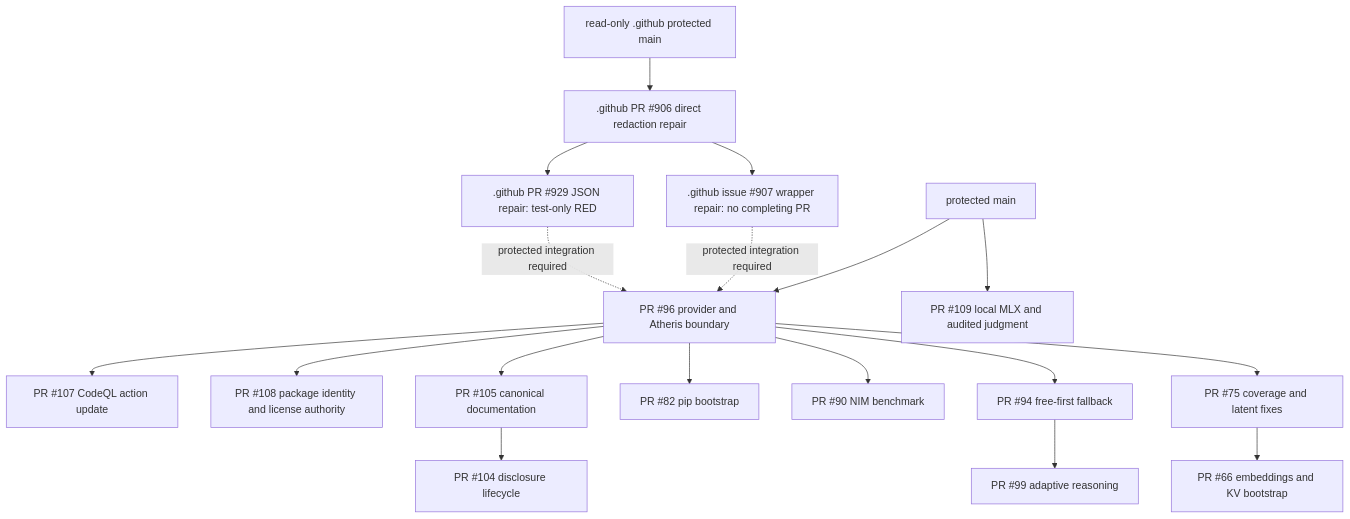
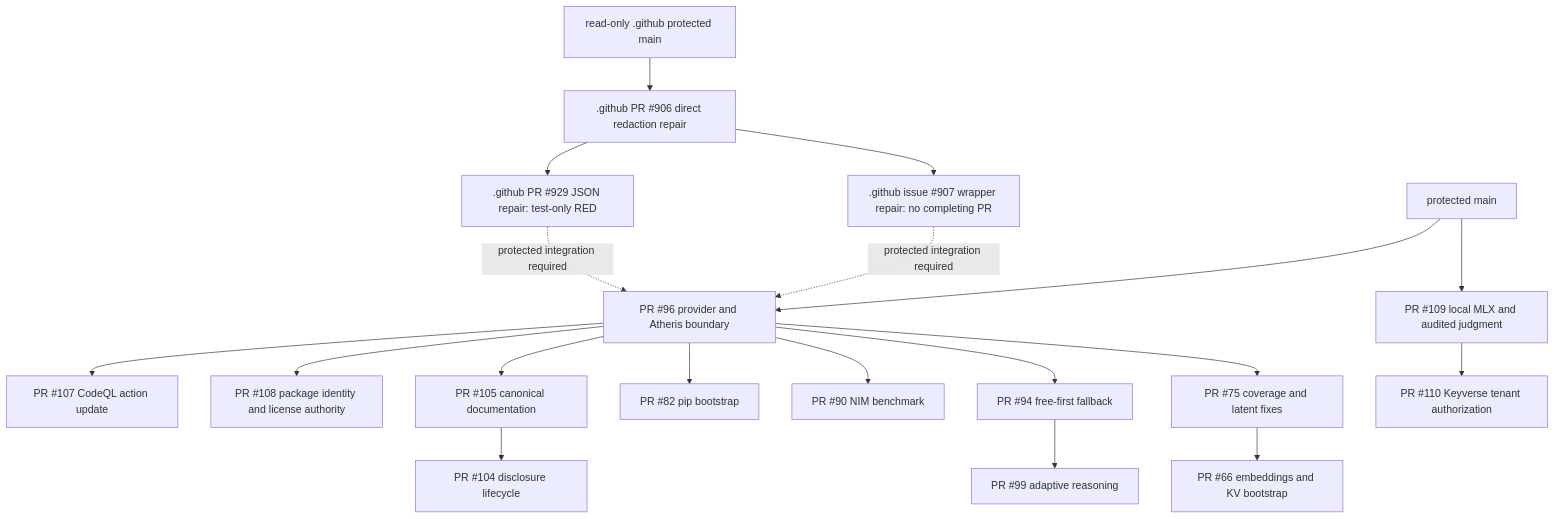
One commit to ContextualWisdomLab/contextual-orchestrator changed the diagram in docs/evidence/2026-08-11-documentation-audit.md. Above: the diagram before and after it, drawn with Mermaid. The commit also changed other lines of this file, not shown here.

````diff
--- a/docs/evidence/2026-08-11-documentation-audit.md
+++ b/docs/evidence/2026-08-11-documentation-audit.md
@@ -98,20 +98,21 @@
 ```mermaid
 flowchart TB
     centralMain["read-only .github protected main"] --> central906[".github PR #906 direct redaction repair"]
     central906 --> central929[".github PR #929 JSON repair: test-only RED"]
     central906 --> central907[".github issue #907 wrapper repair: no completing PR"]
     central929 -. protected integration required .-> pr96
     central907 -. protected integration required .-> pr96
     main["protected main"] --> pr96["PR #96 provider and Atheris boundary"]
     main --> pr109["PR #109 local MLX and audited judgment"]
+    pr109 --> pr110["PR #110 Keyverse tenant authorization"]
     pr96 --> pr107["PR #107 CodeQL action update"]
     pr96 --> pr108["PR #108 package identity and license authority"]
     pr96 --> pr105["PR #105 canonical documentation"]
     pr105 --> pr104["PR #104 disclosure lifecycle"]
     pr96 --> pr82["PR #82 pip bootstrap"]
     pr96 --> pr90["PR #90 NIM benchmark"]
     pr96 --> pr94["PR #94 free-first fallback"]
     pr94 --> pr99["PR #99 adaptive reasoning"]
     pr96 --> pr75["PR #75 coverage and latent fixes"]
     pr75 --> pr66["PR #66 embeddings and KV bootstrap"]
 ```
````
